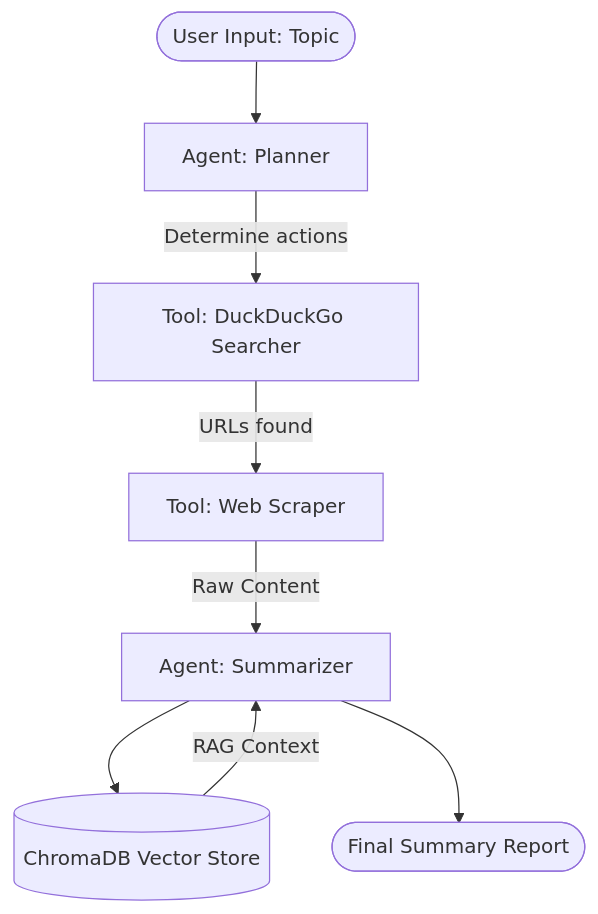
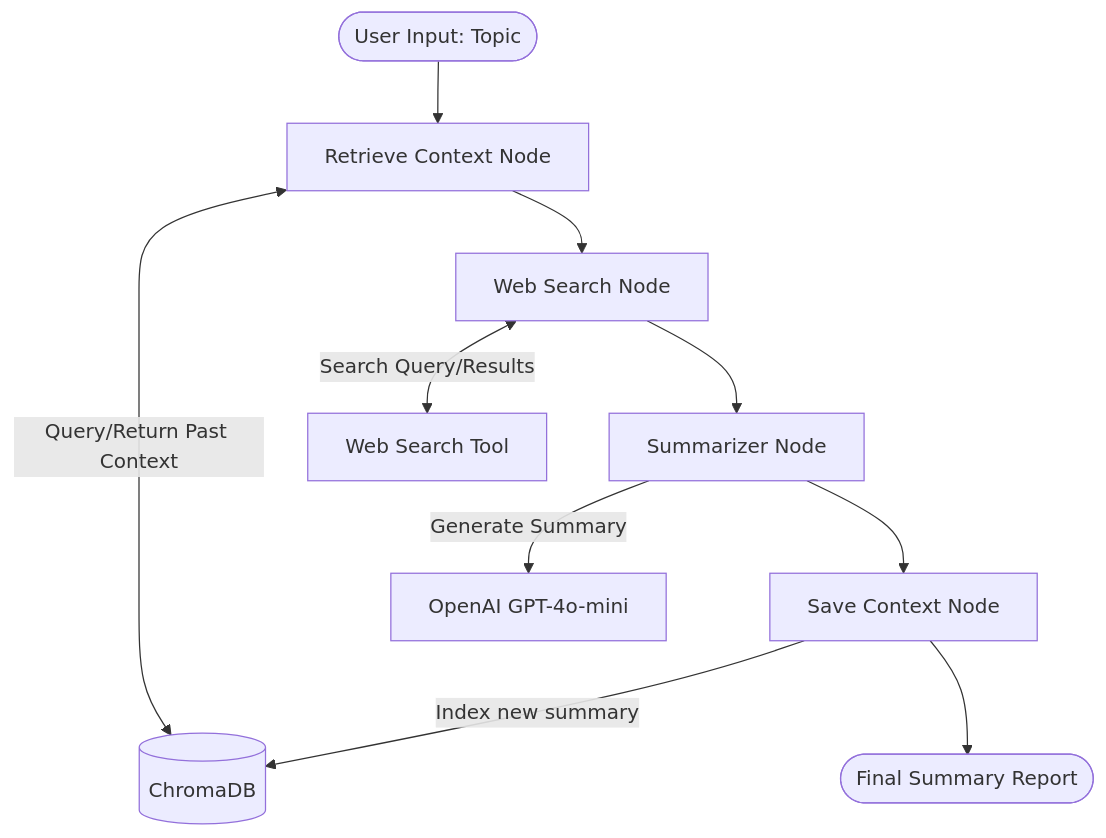
One commit to gabo-a0179/Research_Summarization changed the diagram in README.md. Above: the diagram before and after it, drawn with Mermaid. The commit also changed other lines of this file, not shown here.

````diff
--- a/README.md
+++ b/README.md
@@ -17,10 +16,12 @@
 ```mermaid
 graph TD
-    User([User Input: Topic]) --> Planner[Agent: Planner]
-    Planner --> |Determine actions| Search[Tool: DuckDuckGo Searcher]
-    Search --> |URLs found| Scraper[Tool: Web Scraper]
-    Scraper --> |Raw Content| Summarizer[Agent: Summarizer]
-    Summarizer --> Memory[(ChromaDB Vector Store)]
-    Memory --> |RAG Context| Summarizer
-    Summarizer --> Output([Final Summary Report])
+    User([User Input: Topic]) --> Retrieve[Retrieve Context Node]
+    Retrieve <--> |Query/Return Past Context| Memory[(ChromaDB)]
+    Retrieve --> Search[Web Search Node]
+    Search <--> |Search Query/Results| WebTool[Web Search Tool]
+    Search --> Summarize[Summarizer Node]
+    Summarize --> |Generate Summary| LLM[OpenAI GPT-4o-mini]
+    Summarize --> Save[Save Context Node]
+    Save --> |Index new summary| Memory
+    Save --> Output([Final Summary Report])
 ```
````
